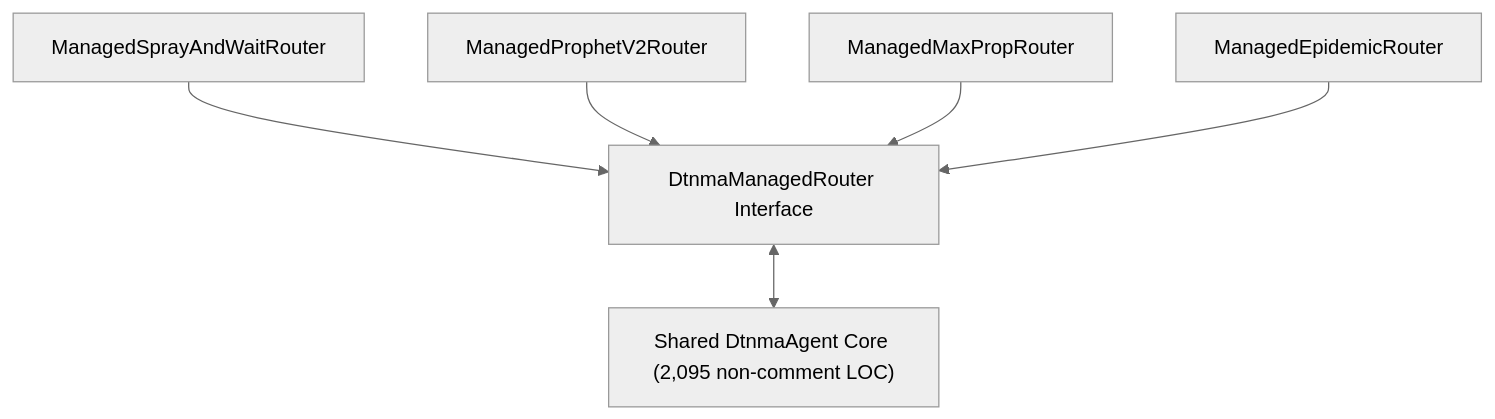
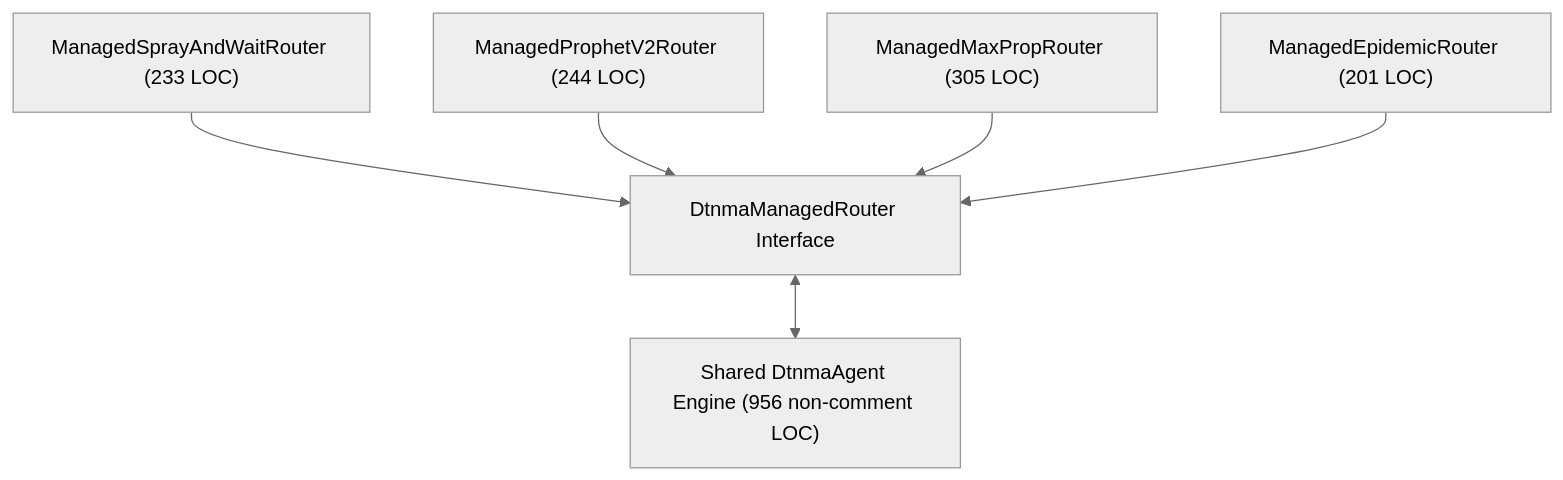
One commit to nafisshahriar/ADTNM changed the diagram in docs/study-guide/figures/mmd/fig10_adapter_composition.mmd. Above: the diagram before and after it, drawn with Mermaid (neutral theme). The commit also changed 186 other files, not shown here.

```diff
--- a/docs/study-guide/figures/mmd/fig10_adapter_composition.mmd
+++ b/docs/study-guide/figures/mmd/fig10_adapter_composition.mmd
@@ -1,7 +1,7 @@
 flowchart TB
   INTF["DtnmaManagedRouter Interface"]
-  A1["ManagedSprayAndWaitRouter"] --> INTF
-  A2["ManagedProphetV2Router"] --> INTF
-  A3["ManagedMaxPropRouter"] --> INTF
-  A4["ManagedEpidemicRouter"] --> INTF
-  INTF <--> AG["Shared DtnmaAgent Core (2,095 non-comment LOC)"]
+  A1["ManagedSprayAndWaitRouter (233 LOC)"] --> INTF
+  A2["ManagedProphetV2Router (244 LOC)"] --> INTF
+  A3["ManagedMaxPropRouter (305 LOC)"] --> INTF
+  A4["ManagedEpidemicRouter (201 LOC)"] --> INTF
+  INTF <--> AG["Shared DtnmaAgent Engine (956 non-comment LOC)"]
```
